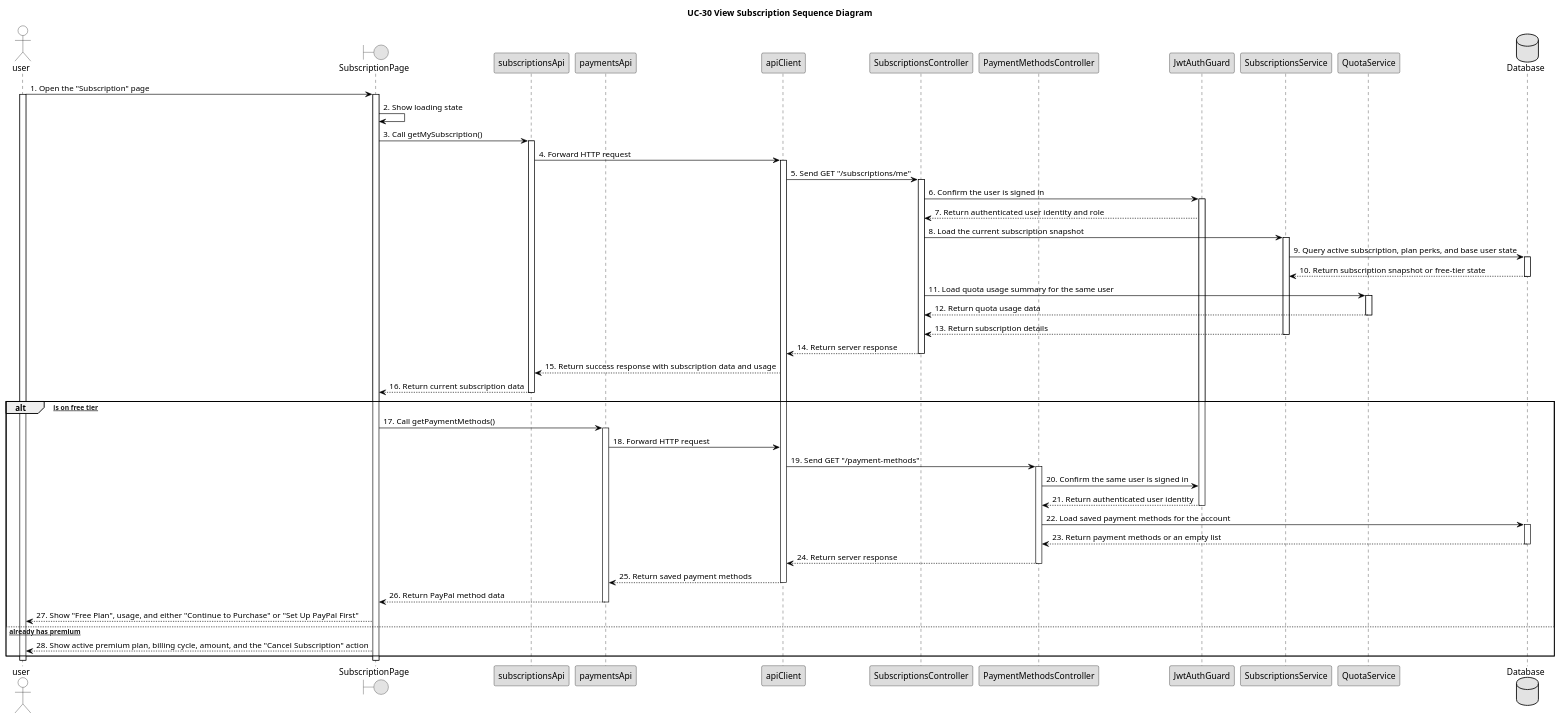
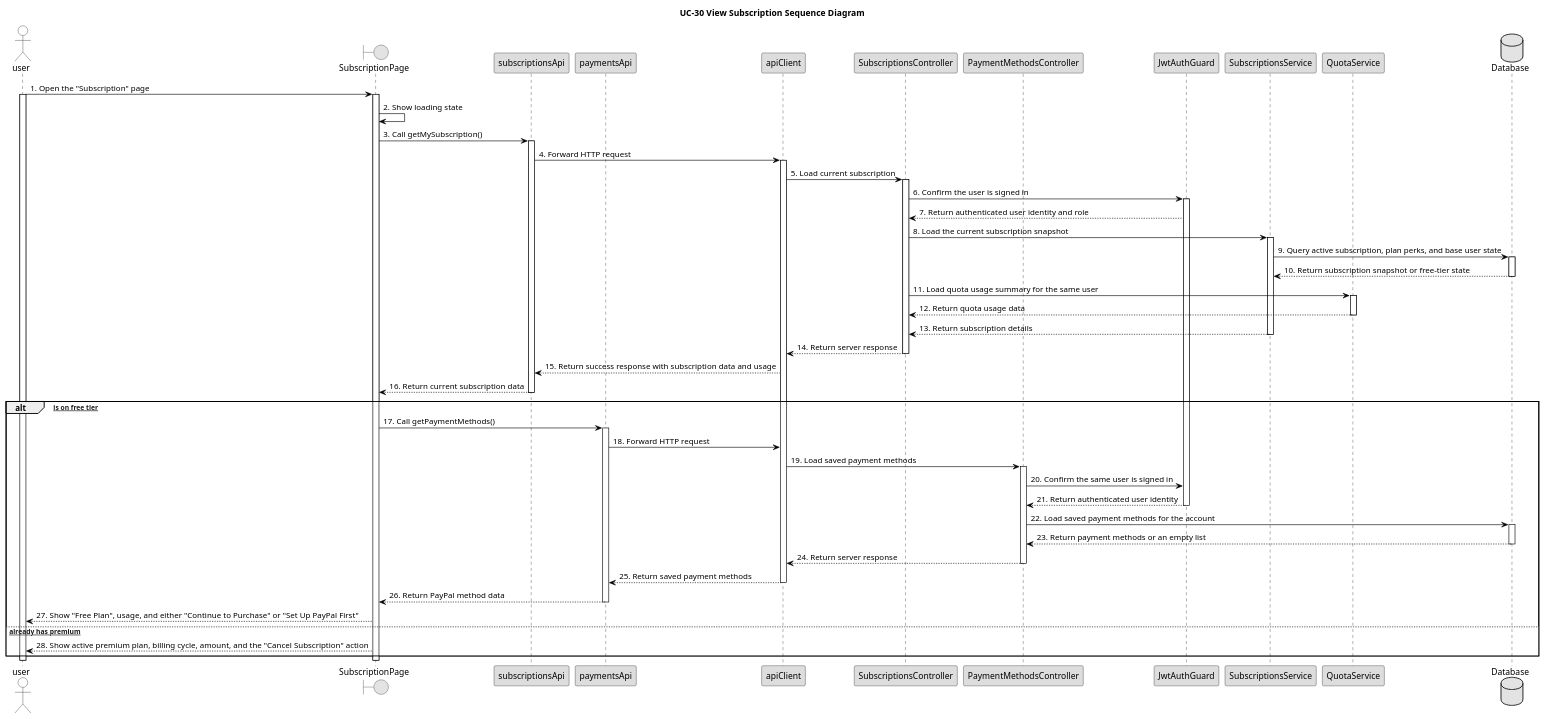
The diagram in diagram/sequence/uc30_view_subscription_sequence_diagram.puml (bangdcce/SEP492-Project), drawn with PlantUML before and after one commit. The commit also changed 130 other files, not shown here.

```diff
--- a/diagram/sequence/uc30_view_subscription_sequence_diagram.puml
+++ b/diagram/sequence/uc30_view_subscription_sequence_diagram.puml
@@ -154,7 +154,7 @@
 
 
 
-ApiClient -> SubscriptionController : 5. Send GET "/subscriptions/me"
+ApiClient -> SubscriptionController : 5. Load current subscription
 
 
 
@@ -258,7 +258,7 @@
 
 
 
-    ApiClient -> PaymentController : 19. Send GET "/payment-methods"
+    ApiClient -> PaymentController : 19. Load saved payment methods
 
 
 
```
